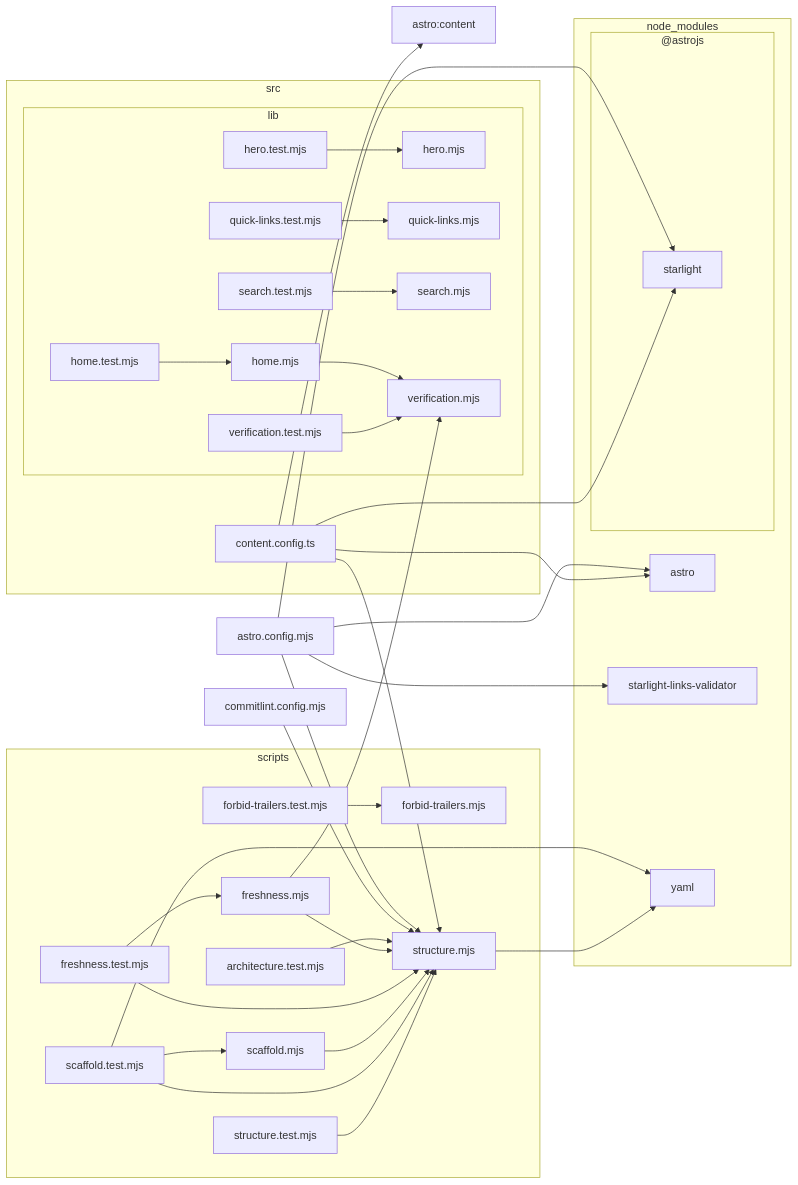
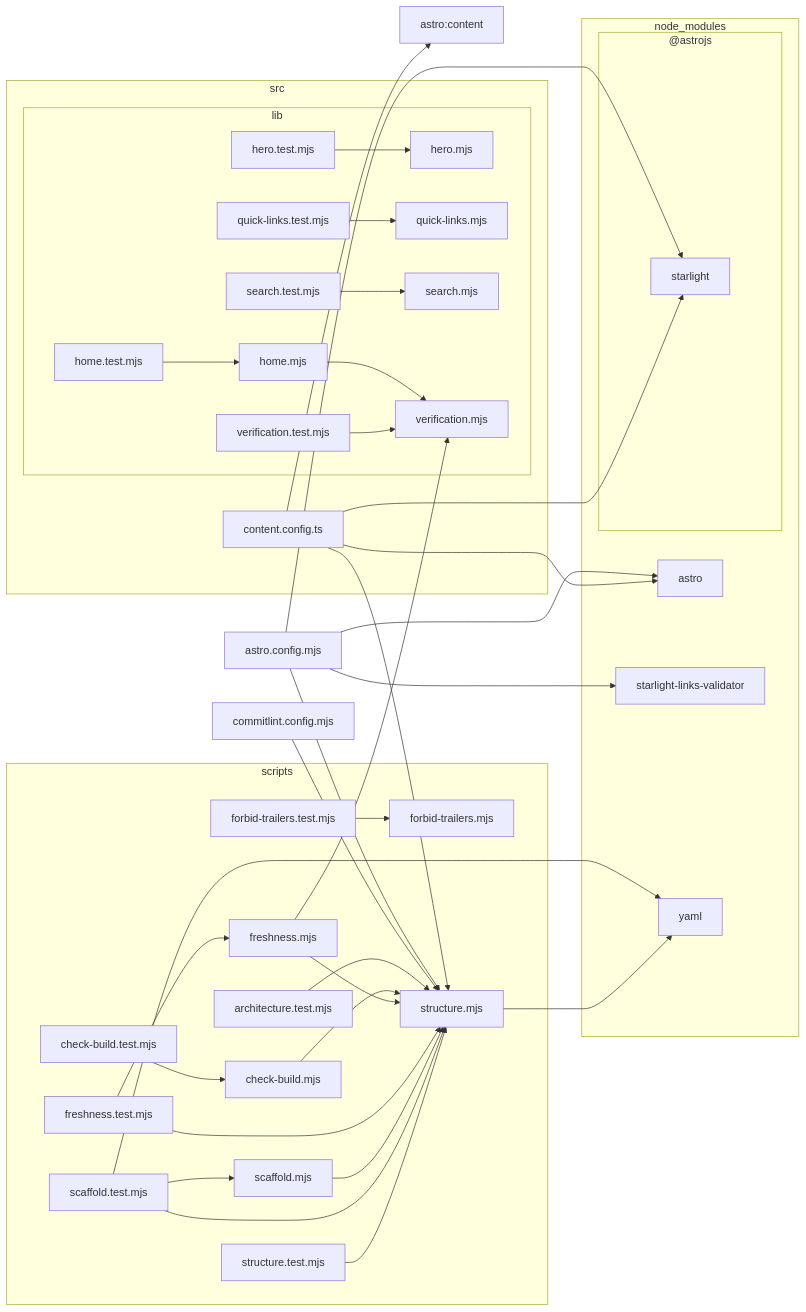
One commit to FilipTw/claude-craft changed the diagram in docs/architecture.mmd. Above: the diagram before and after it, drawn with Mermaid. The commit also changed 7 other files, not shown here.

First line of the commit message:
ci: check the build for Starlight classes and size budgets

```diff
--- a/docs/architecture.mmd
+++ b/docs/architecture.mmd
@@ -1,66 +1,70 @@
 flowchart LR
 
 0["astro.config.mjs"]
 1["astro:content"]
 2["commitlint.config.mjs"]
 subgraph 3["node_modules"]
 subgraph 4["@astrojs"]
 5["starlight"]
 end
 6["astro"]
 7["starlight-links-validator"]
 8["yaml"]
 end
 subgraph 9["scripts"]
 A["architecture.test.mjs"]
-B["forbid-trailers.mjs"]
-C["forbid-trailers.test.mjs"]
-D["freshness.mjs"]
-E["freshness.test.mjs"]
-F["scaffold.mjs"]
-G["scaffold.test.mjs"]
-H["structure.mjs"]
-I["structure.test.mjs"]
+B["check-build.mjs"]
+C["check-build.test.mjs"]
+D["forbid-trailers.mjs"]
+E["forbid-trailers.test.mjs"]
+F["freshness.mjs"]
+G["freshness.test.mjs"]
+H["scaffold.mjs"]
+I["scaffold.test.mjs"]
+J["structure.mjs"]
+K["structure.test.mjs"]
 end
-subgraph J["src"]
-K["content.config.ts"]
-subgraph L["lib"]
-M["hero.mjs"]
-N["hero.test.mjs"]
-O["home.mjs"]
-P["home.test.mjs"]
-Q["quick-links.mjs"]
-R["quick-links.test.mjs"]
-S["search.mjs"]
-T["search.test.mjs"]
-U["verification.mjs"]
-V["verification.test.mjs"]
+subgraph L["src"]
+M["content.config.ts"]
+subgraph N["lib"]
+O["hero.mjs"]
+P["hero.test.mjs"]
+Q["home.mjs"]
+R["home.test.mjs"]
+S["quick-links.mjs"]
+T["quick-links.test.mjs"]
+U["search.mjs"]
+V["search.test.mjs"]
+W["verification.mjs"]
+X["verification.test.mjs"]
 end
 end
-0-->H
+0-->J
 0-->5
 0-->6
 0-->7
-2-->H
-A-->H
+2-->J
+A-->J
+B-->J
 C-->B
-D-->U
-D-->H
 E-->D
-E-->H
-F-->H
+F-->W
+F-->J
 G-->F
-G-->H
-G-->8
-H-->8
+G-->J
+H-->J
 I-->H
-K-->H
-K-->5
-K-->1
-K-->6
-N-->M
-O-->U
+I-->J
+I-->8
+J-->8
+K-->J
+M-->J
+M-->5
+M-->1
+M-->6
 P-->O
+Q-->W
 R-->Q
 T-->S
 V-->U
+X-->W
```
